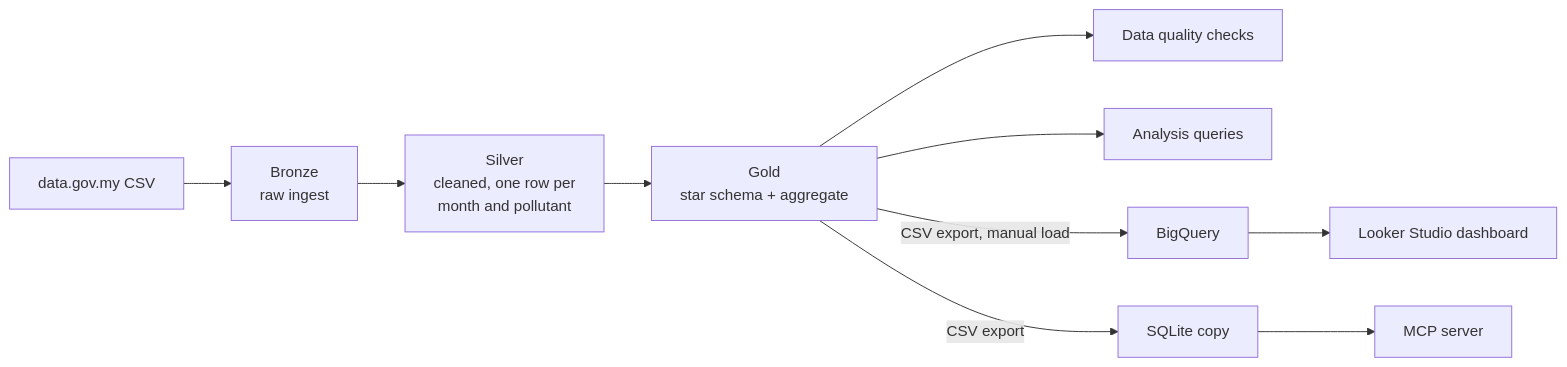
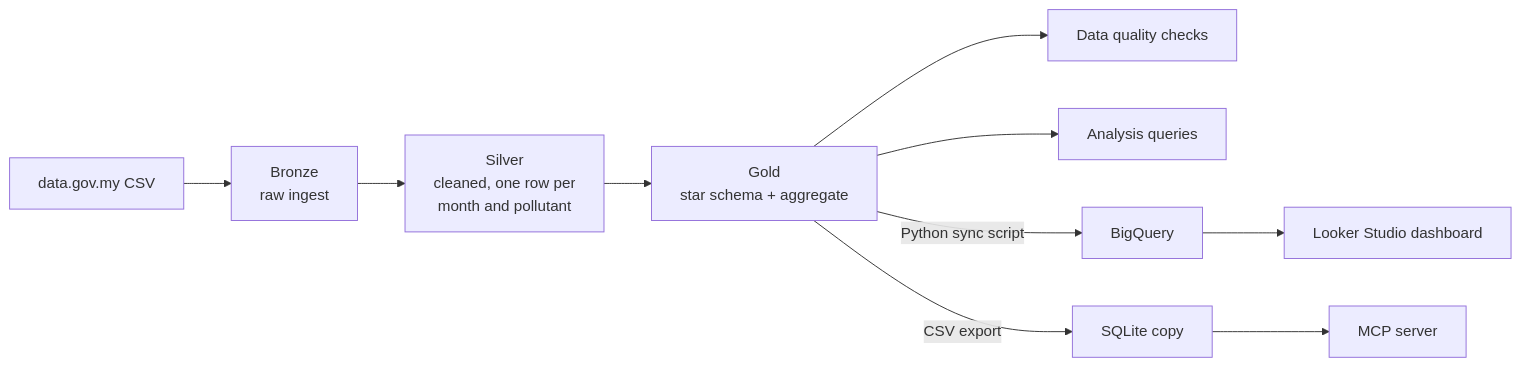
One commit to SafiahNadiah/air-quality-lakehouse changed the first of 2 diagrams in README.md. Above: the diagram before and after it, drawn with Mermaid. The commit also changed other lines of this file, not shown here.

First line of the commit message:
Revise README for data export and orchestration updates

````diff
--- a/README.md
+++ b/README.md
@@ -27,12 +27,12 @@
 ```mermaid
 flowchart LR
     A[data.gov.my CSV] --> B[Bronze<br/>raw ingest]
     B --> C[Silver<br/>cleaned, one row per<br/>month and pollutant]
     C --> D[Gold<br/>star schema + aggregate]
     D --> E[Data quality checks]
     D --> F[Analysis queries]
-    D -->|CSV export, manual load| G[BigQuery]
+    D -->|Python sync script| G[BigQuery]
     D -->|CSV export| I[SQLite copy]
     I --> J[MCP server]
     G --> H[Looker Studio dashboard]
 ```
````
